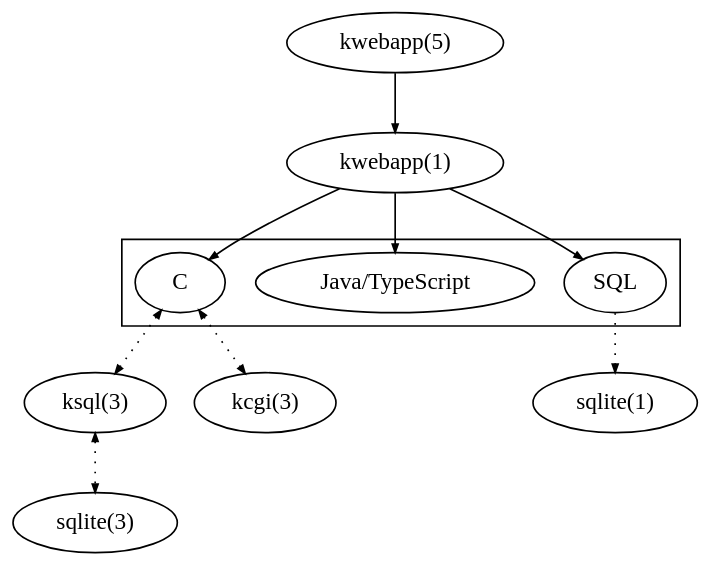
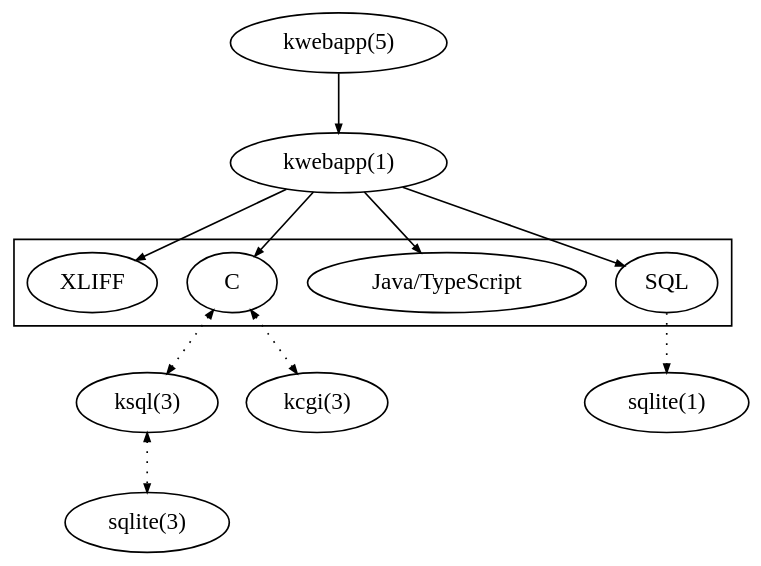
The diagram in index.dot (kristapsdz/openradtool), drawn with Graphviz before and after one commit. The commit also changed 5 other files, not shown here.

```diff
--- a/index.dot
+++ b/index.dot
@@ -1,35 +1,38 @@
 digraph {
 	edge [arrowsize="0.5";];
 	bgcolor="transparent";
+	splines=false;
 
 	cfg[label="kwebapp(5)"];
 	bin[label="kwebapp(1)"];
 
 	{ rank=same; cfg; }
 	{ rank=same; bin; }
 
 	subgraph cluster0 {
 		{ rank=same; src; js; sql; }
 		src[label="C"];
 		js[label="Java/TypeScript"];
 		sql[label="SQL"];
+		xliff[label="XLIFF"];
 	}
 	cfg -> bin;
 	bin -> src;
 	bin -> js;
 	bin -> sql;
+	bin -> xliff;
 
 	{ rank=same; ksql; kcgi; sqlite1; }
 	{ rank=same; sqlite; }
 
 	sqlite1[label="sqlite(1)"];
 	kcgi[label="kcgi(3)"];
 	ksql[label="ksql(3)"];
 	sqlite[label="sqlite(3)"];
 
 	sql -> sqlite1[style="dotted"];
 
 	src -> ksql[dir="both"; style="dotted"];
 	src -> kcgi[dir="both"; style="dotted"];
 	ksql -> sqlite[dir="both"; style="dotted"];
 }
```
